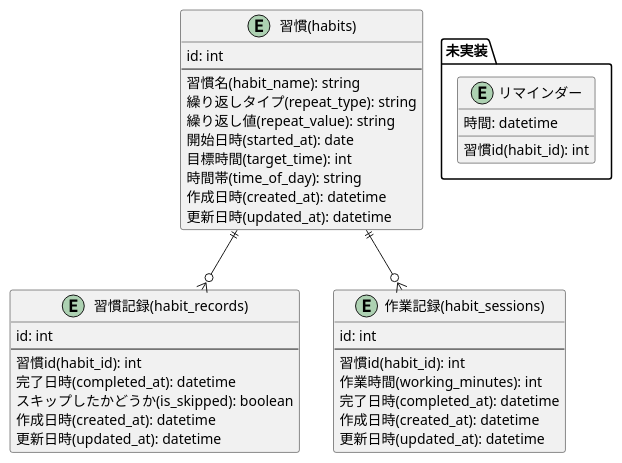
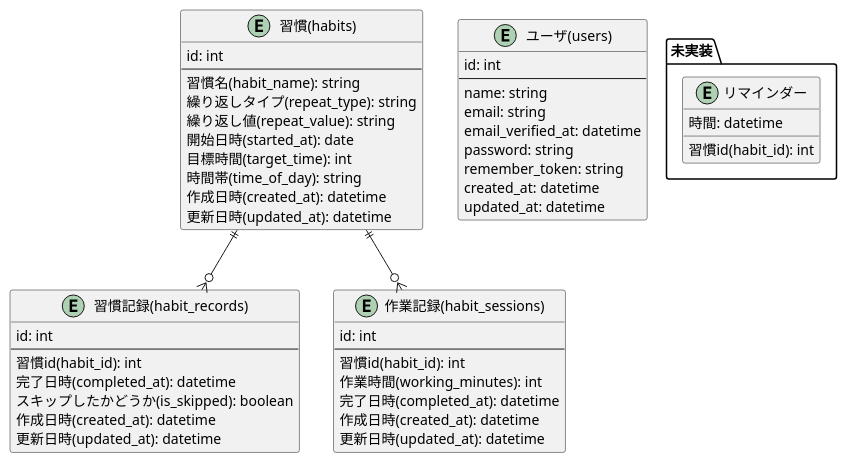
One commit to ylafaro0310/my-habit changed the diagram in documents/docs/data_structure.md. Above: the diagram before and after it, drawn with PlantUML. The commit also changed 2 other files, not shown here.

Commit message:
Update document

````diff
--- a/documents/docs/data_structure.md
+++ b/documents/docs/data_structure.md
@@ -3,47 +3,59 @@
 ```uml
 @startuml
 
 entity "習慣(habits)" as e1 {
 	id: int
 	--
 	習慣名(habit_name): string
 	繰り返しタイプ(repeat_type): string
 	繰り返し値(repeat_value): string
 	開始日時(started_at): date
 	目標時間(target_time): int
 	時間帯(time_of_day): string
 	作成日時(created_at): datetime
 	更新日時(updated_at): datetime
 }
 
 entity "習慣記録(habit_records)" as e2 {
 	id: int
 	--
 	習慣id(habit_id): int
 	完了日時(completed_at): datetime
 	スキップしたかどうか(is_skipped): boolean
 	作成日時(created_at): datetime
 	更新日時(updated_at): datetime
 }
 
 entity "作業記録(habit_sessions)" as e3 {
 	id: int
 	--
 	習慣id(habit_id): int
 	作業時間(working_minutes): int
 	完了日時(completed_at): datetime
 	作成日時(created_at): datetime
 	更新日時(updated_at): datetime
 }
 
+entity "ユーザ(users)" as e5 {
+	id: int
+	--
+	name: string
+	email: string
+	email_verified_at: datetime
+	password: string
+	remember_token: string
+	created_at: datetime
+	updated_at: datetime
+}
+
 e1 ||--o{ e2
 e1 ||--o{ e3
 
 package 未実装 {
 	entity "リマインダー" as e4 {
 		習慣id(habit_id): int
 		時間: datetime
 	}
 }
 @enduml
 ```
````
